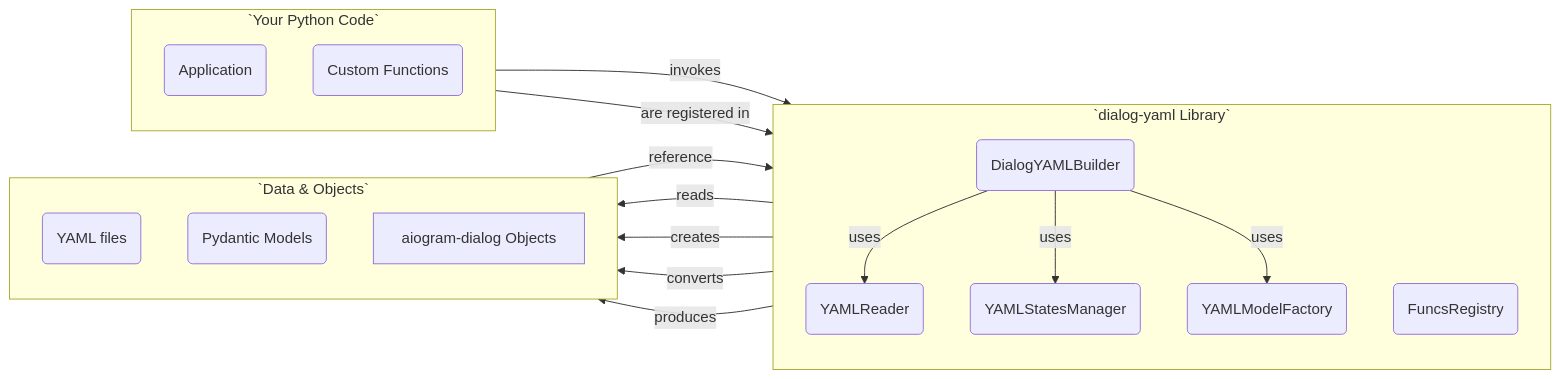
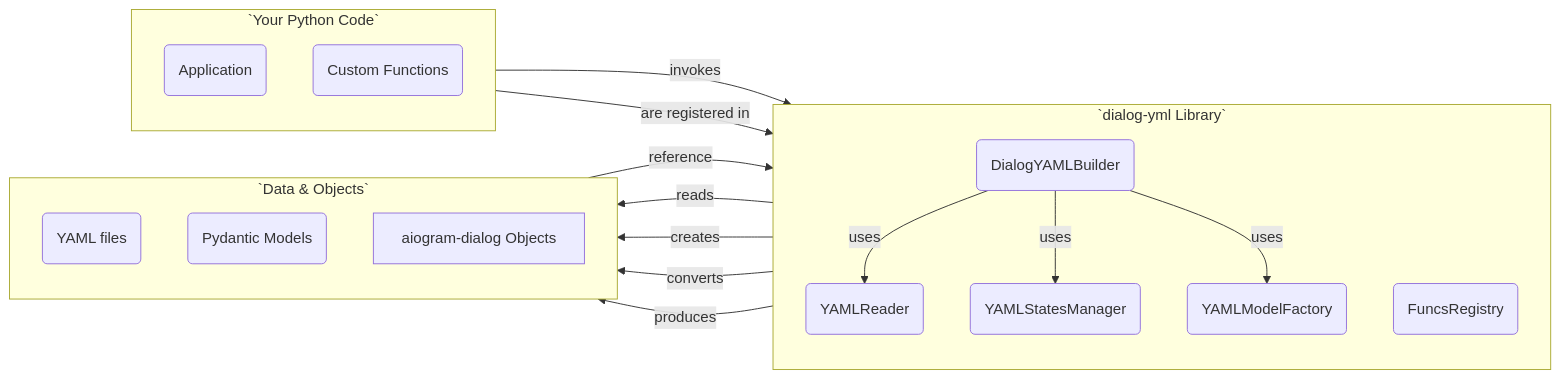
Before and after one commit to smkthat/dialog-yaml: the second of 2 diagrams in README.md, drawn with Mermaid. The commit also changed other lines of this file and 110 other files, not shown here.

First line of the commit message:
[refactor] Rename project from dialog-yaml to dialog-yml and restructure package layout

````diff
--- a/README.md
+++ b/README.md
@@ -63,39 +63,39 @@
 ```mermaid
 graph LR
     subgraph `Your Python Code`
         direction TB
         App(Application)
         Funcs(Custom Functions)
     end
 
-    subgraph `dialog-yaml Library`
+    subgraph `dialog-yml Library`
         direction TB
         Builder(DialogYAMLBuilder)
         Reader(YAMLReader)
         States(YAMLStatesManager)
         Factory(YAMLModelFactory)
         FuncReg(FuncsRegistry)
     end
 
     subgraph `Data & Objects`
         direction TB
         YAML(YAML files)
         PydanticMs(Pydantic Models)
         AD["aiogram-dialog Objects"]
     end
 
     App -- "invokes" --> Builder
     Funcs -- "are registered in" --> FuncReg
 
     Builder -- "uses" --> Reader
     Builder -- "uses" --> States
     Builder -- "uses" --> Factory
 
     Reader -- "reads" --> YAML
     
     Factory -- "creates" --> PydanticMs
     PydanticMs -- "reference" --> FuncReg
 
     Builder -- "converts" --> PydanticMs
     Builder -- "produces" --> AD
 ```
````
